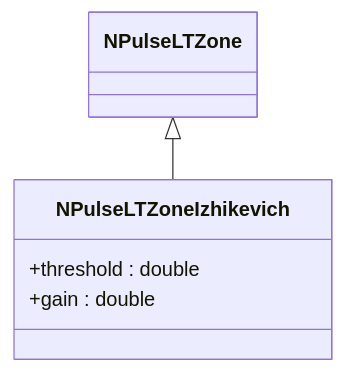
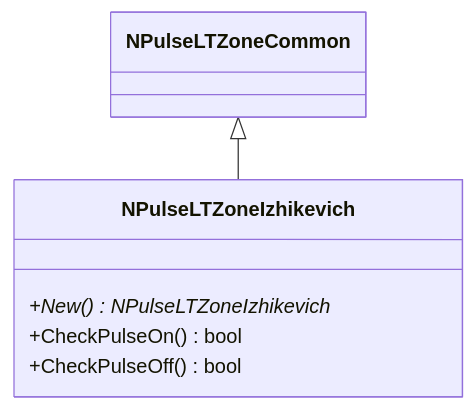
One commit to aicommunity/Nmsdk-PulseLib changed the sixth of 10 diagrams in Docs/Components/NPulseLTZoneIzhikevich.md. Above: the diagram before and after it, drawn with Mermaid. The commit also changed other lines of this file and 196 other files, not shown here.

````diff
--- a/Docs/Components/NPulseLTZoneIzhikevich.md
+++ b/Docs/Components/NPulseLTZoneIzhikevich.md
@@ -7,8 +359,9 @@
 ```mermaid
 classDiagram
-    NPulseLTZone <|-- NPulseLTZoneIzhikevich
+    NPulseLTZoneCommon <|-- NPulseLTZoneIzhikevich
     class NPulseLTZoneIzhikevich {
-        +threshold : double
-        +gain : double
+        +New() NPulseLTZoneIzhikevich*
+        +CheckPulseOn() bool
+        +CheckPulseOff() bool
     }
 ```
````
